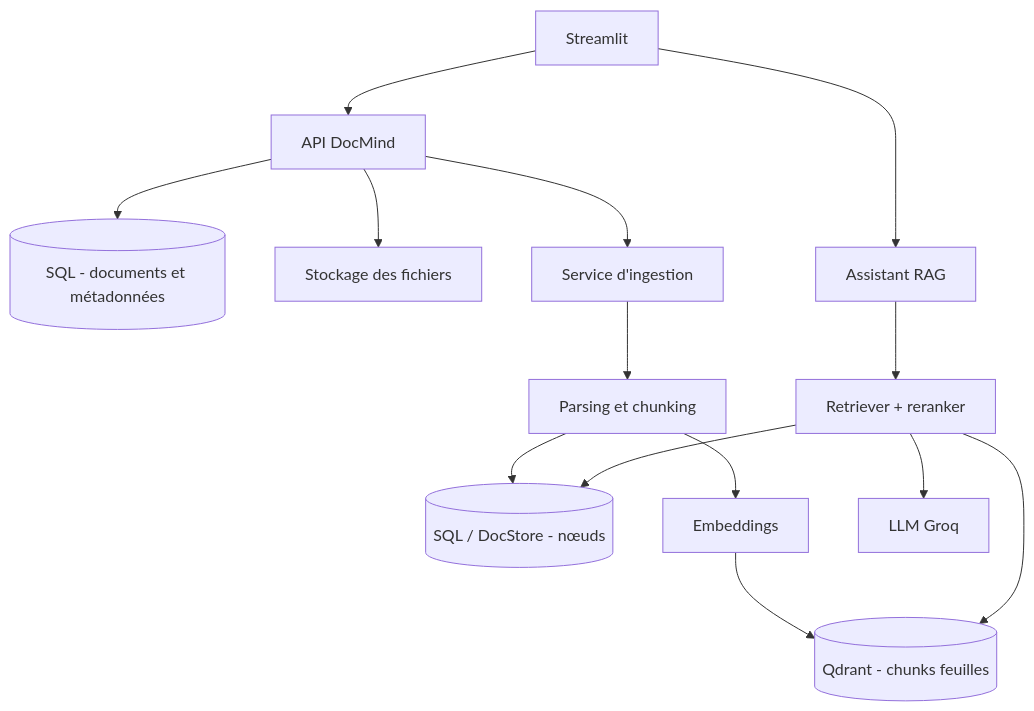
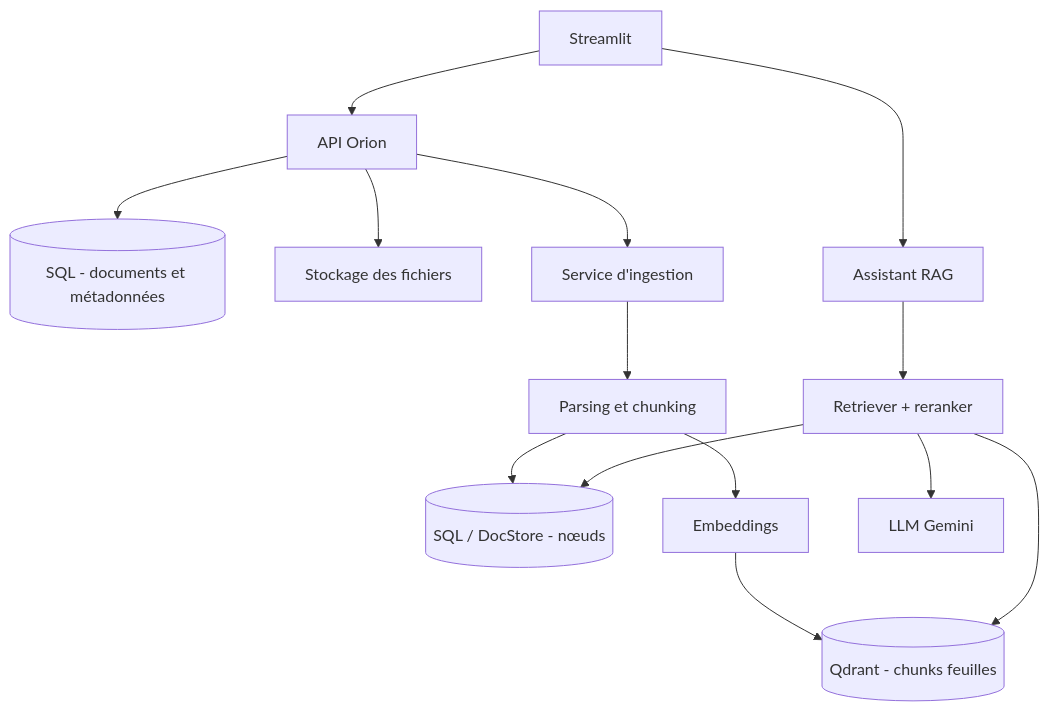
One commit to dona-eric/Hennu changed the diagram in readme.md. Above: the diagram before and after it, drawn with Mermaid. The commit also changed other lines of this file and 11 other files, not shown here.

````diff
--- a/readme.md
+++ b/readme.md
@@ -5,16 +6,16 @@
 ```mermaid
 flowchart TD
-    ST[Streamlit] --> API[API DocMind]
+    ST[Streamlit] --> API[API Orion]
     API --> SQL[(SQL - documents et métadonnées)]
     API --> FS[Stockage des fichiers]
     API --> ING[Service d'ingestion]
     ING --> PARSE[Parsing et chunking]
     PARSE --> SQLN[(SQL / DocStore - nœuds)]
     PARSE --> EMB[Embeddings]
     EMB --> Q[(Qdrant - chunks feuilles)]
     ST --> CHAT[Assistant RAG]
     CHAT --> RET[Retriever + reranker]
     RET --> Q
     RET --> SQLN
-    RET --> LLM[LLM Groq]
+    RET --> LLM[LLM Gemini]
 ```
````
